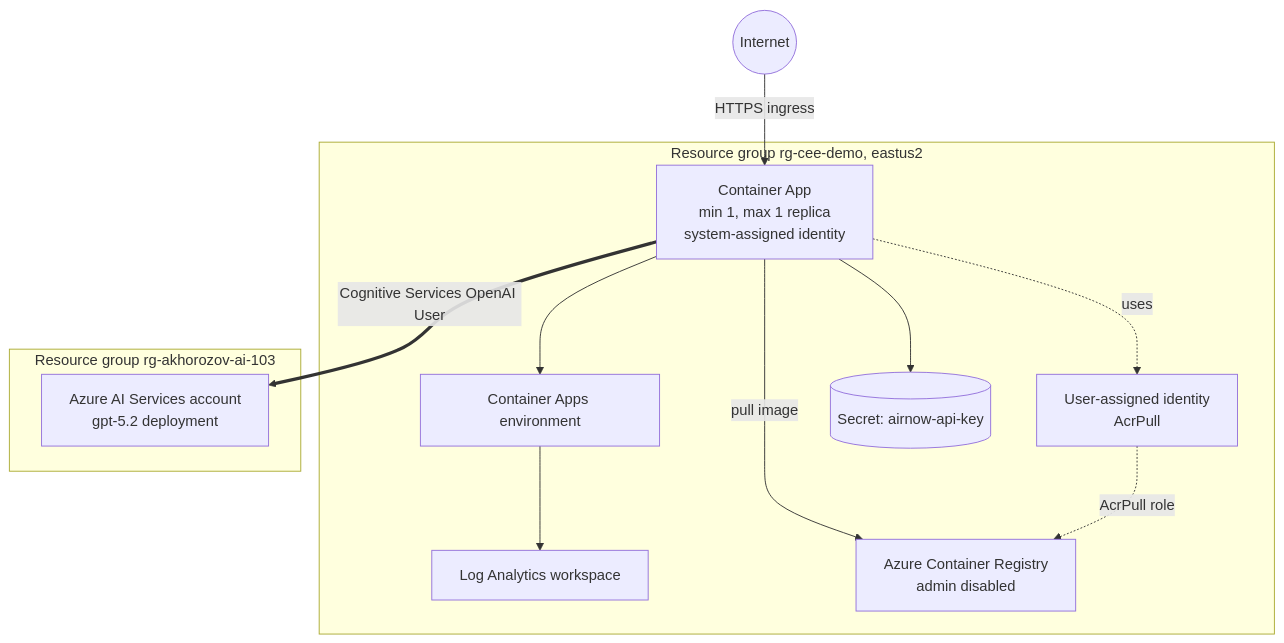
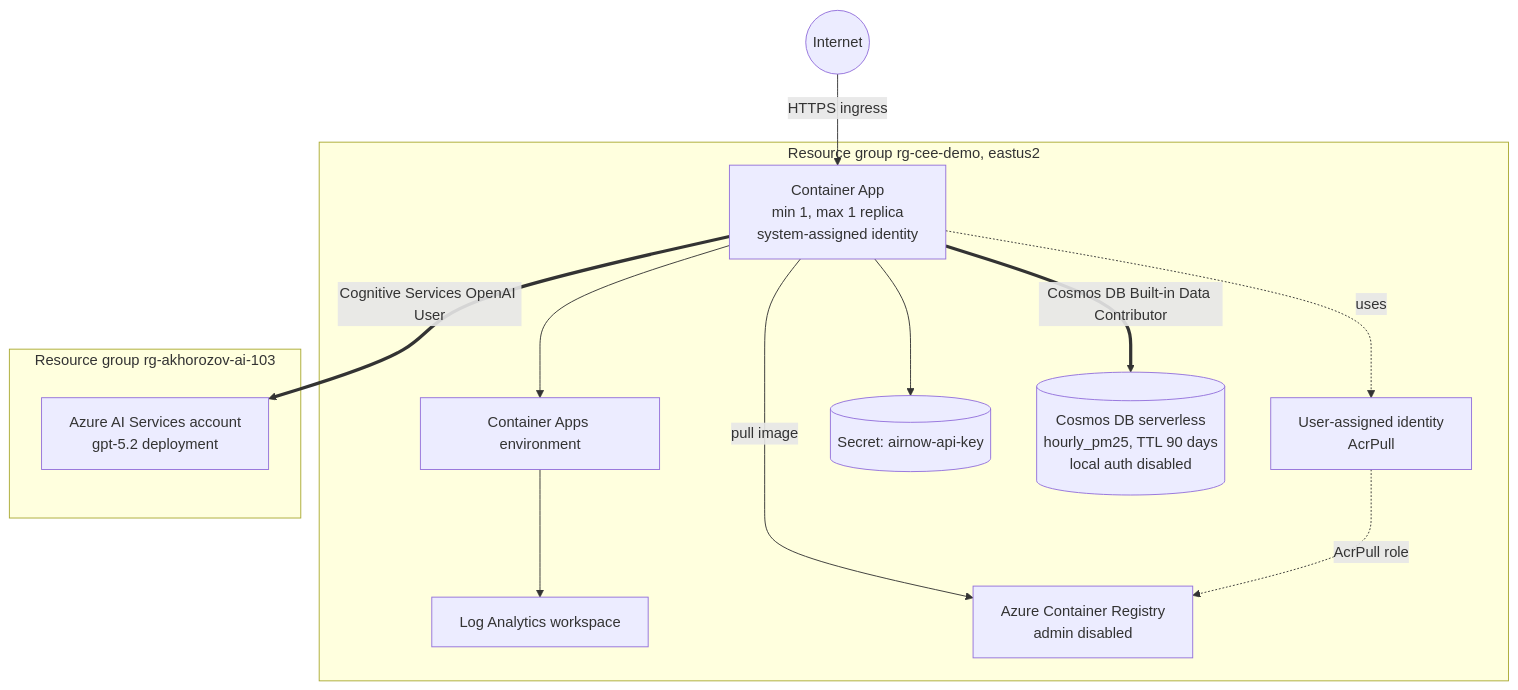
One commit to silent-vector-26/city-environment-explorer changed the ninth of 13 diagrams in docs/CEE_SDD_v1.0.0.md. Above: the diagram before and after it, drawn with Mermaid. The commit also changed other lines of this file and 9 other files, not shown here.

Commit message:
Persist hourly AirNow history in Cosmos DB with incremental fetch (DP-54) (#7)

````diff
--- a/docs/CEE_SDD_v1.0.0.md
+++ b/docs/CEE_SDD_v1.0.0.md
@@ -334,23 +337,25 @@
 ```mermaid
 flowchart TB
     subgraph rgapp[Resource group rg-cee-demo, eastus2]
         law[Log Analytics workspace]
         acr[Azure Container Registry<br/>admin disabled]
         env[Container Apps environment]
         pull[User-assigned identity<br/>AcrPull]
         app[Container App<br/>min 1, max 1 replica<br/>system-assigned identity]
         secret[(Secret: airnow-api-key)]
+        cosmos[(Cosmos DB serverless<br/>hourly_pm25, TTL 90 days<br/>local auth disabled)]
     end
     subgraph rgai[Resource group rg-akhorozov-ai-103]
         oai[Azure AI Services account<br/>gpt-5.2 deployment]
     end
 
     env --> law
     app --> env
     app -->|pull image| acr
     pull -.->|AcrPull role| acr
     app -.->|uses| pull
     app --> secret
+    app ==>|Cosmos DB Built-in Data Contributor| cosmos
     app ==>|Cognitive Services OpenAI User| oai
     internet((Internet)) -->|HTTPS ingress| app
 ```
````
